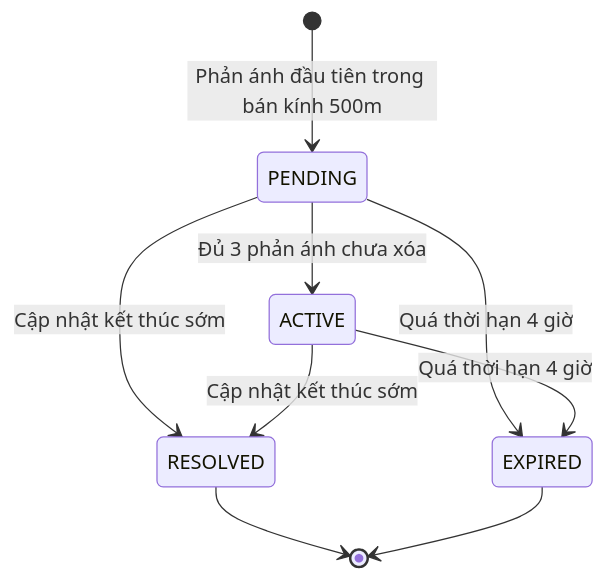
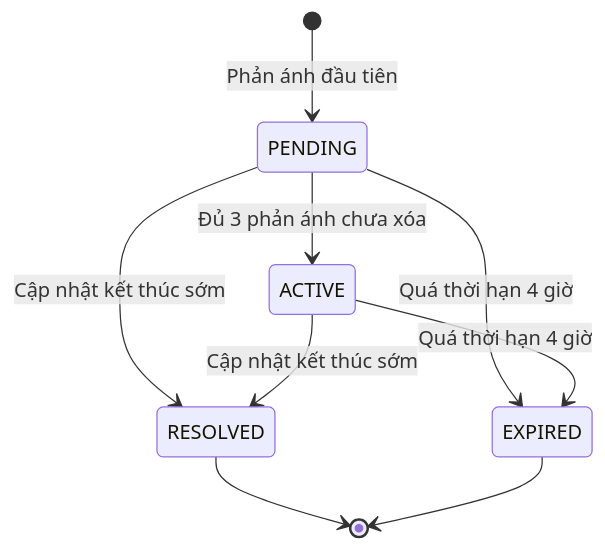
One commit to phatcaoduc2910/KieuMaiNotifier changed the second of 3 diagrams in README.md. Above: the diagram before and after it, drawn with Mermaid.

Commit message:
Update incident lifecycle description in README

````diff
--- a/README.md
+++ b/README.md
@@ -54,11 +54,11 @@
 ```mermaid
 stateDiagram-v2
-    [*] --> PENDING : Phản ánh đầu tiên trong bán kính 500m
+    [*] --> PENDING : Phản ánh đầu tiên
     PENDING --> ACTIVE : Đủ 3 phản ánh chưa xóa
     PENDING --> RESOLVED : Cập nhật kết thúc sớm
     ACTIVE --> RESOLVED : Cập nhật kết thúc sớm
     PENDING --> EXPIRED : Quá thời hạn 4 giờ
     ACTIVE --> EXPIRED : Quá thời hạn 4 giờ
     RESOLVED --> [*]
     EXPIRED --> [*]
 ```
````
